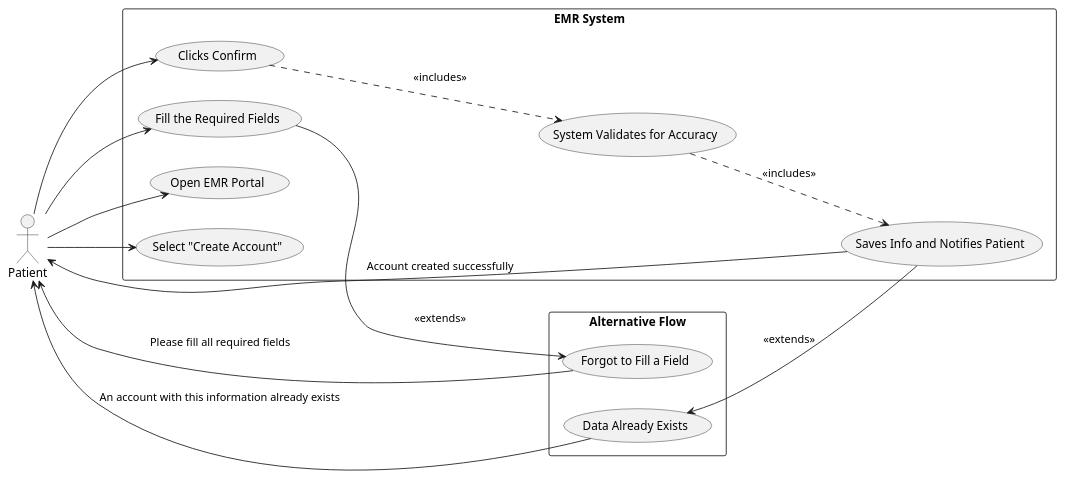
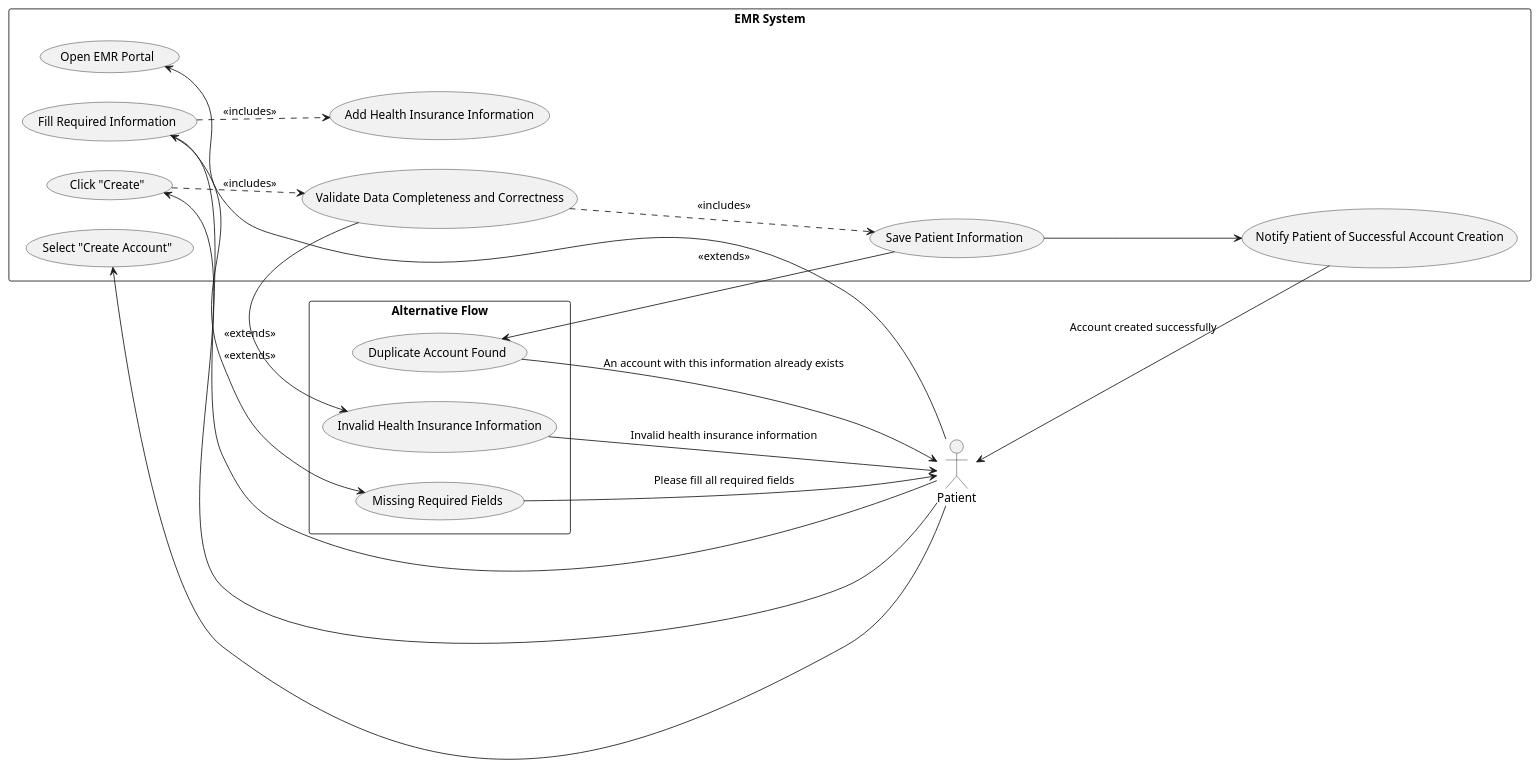
The diagram in CreateAccountPortal/diagram.puml (malak-elbanna/Usecases_Reqs), drawn with PlantUML before and after one commit. The commit also changed 16 other files, not shown here.

```diff
--- a/CreateAccountPortal/diagram.puml
+++ b/CreateAccountPortal/diagram.puml
@@ -1,22 +1,28 @@
 @startuml
 left to right direction
+
 actor Patient as p
 
 rectangle "EMR System" {
     p --> (Open EMR Portal)
     p --> (Select "Create Account")
-    p --> (Fill the Required Fields)
-    p --> (Clicks Confirm)
-    (Clicks Confirm) ..> (System Validates for Accuracy): <<includes>>
-    (System Validates for Accuracy) ..> (Saves Info and Notifies Patient): <<includes>>
-    (Saves Info and Notifies Patient) --> p: "Account created successfully"
+    p --> (Fill Required Information)
+    (Fill Required Information) ..> (Add Health Insurance Information): <<includes>>
+    p --> (Click "Create")
+    (Click "Create") ..> (Validate Data Completeness and Correctness): <<includes>>
+    (Validate Data Completeness and Correctness) ..> (Save Patient Information): <<includes>>
+    (Save Patient Information) --> (Notify Patient of Successful Account Creation)
+    (Notify Patient of Successful Account Creation) --> p: "Account created successfully"
 }
 
 rectangle "Alternative Flow" {
-    (Fill the Required Fields) --> (Forgot to Fill a Field): <<extends>>
-    (Forgot to Fill a Field) --> p: "Please fill all required fields"
+    (Fill Required Information) --> (Missing Required Fields): <<extends>>
+    (Missing Required Fields) --> p: "Please fill all required fields"
 
-    (Saves Info and Notifies Patient) --> (Data Already Exists): <<extends>>
-    (Data Already Exists) --> p: "An account with this information already exists"
+    (Validate Data Completeness and Correctness) --> (Invalid Health Insurance Information): <<extends>>
+    (Invalid Health Insurance Information) --> p: "Invalid health insurance information"
+
+    (Save Patient Information) --> (Duplicate Account Found): <<extends>>
+    (Duplicate Account Found) --> p: "An account with this information already exists"
 }
 @enduml
```
